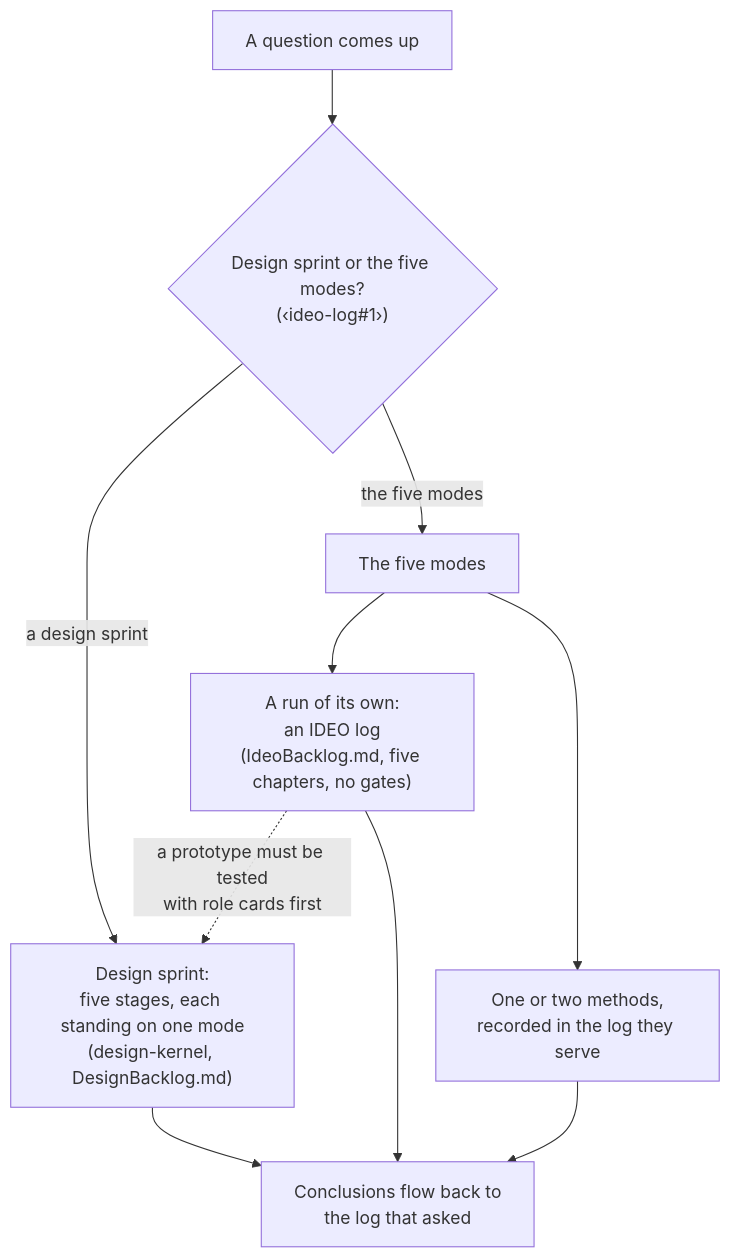
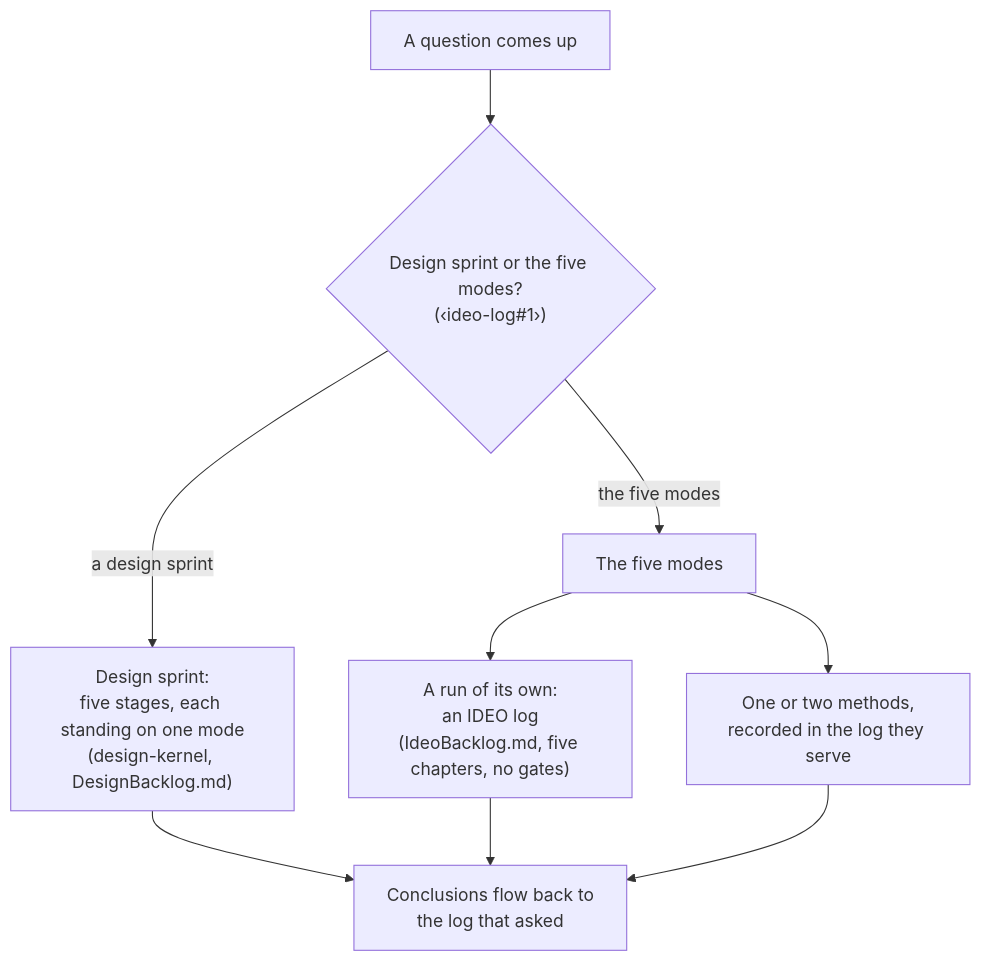
Before and after one commit to seapawn1/IDEO-Scrum: the fifth of 6 diagrams in scrum/sprint-26-plugin-memory/review/draft/details/flow-maps.md, drawn with Mermaid. The commit also changed 39 other files, not shown here.

````diff
--- a/scrum/sprint-26-plugin-memory/review/draft/details/flow-maps.md
+++ b/scrum/sprint-26-plugin-memory/review/draft/details/flow-maps.md
@@ -86,12 +86,11 @@
 ```mermaid
 flowchart TD
     Q["A question comes up"] --> P{"Design sprint or the five modes?<br/>(‹ideo-log#1›)"}
     P -- "a design sprint" --> DS["Design sprint:<br/>five stages, each standing on one mode<br/>(design-kernel, DesignBacklog.md)"]
     P -- "the five modes" --> FM["The five modes"]
     FM --> SEQ["A run of its own:<br/>an IDEO log<br/>(IdeoBacklog.md, five chapters, no gates)"]
     FM --> SPOT["One or two methods,<br/>recorded in the log they serve"]
     DS --> R["Conclusions flow back to<br/>the log that asked"]
     SEQ --> R
     SPOT --> R
-    SEQ -. "a prototype must be tested<br/>with role cards first" .-> DS
 ```
````
